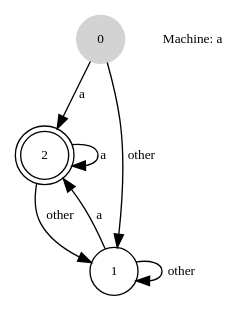
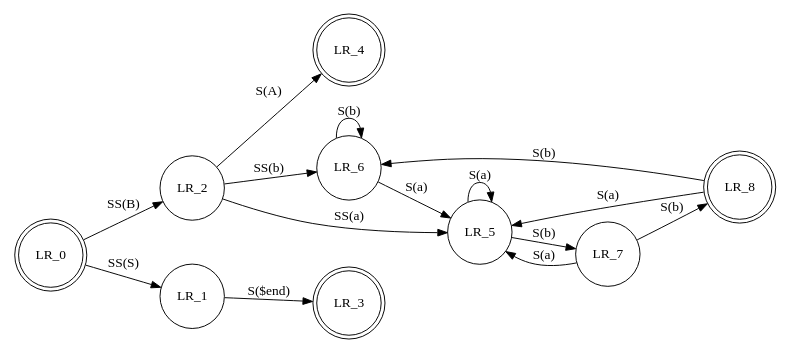
One commit to diegomazariegos2002/OLC1-P1-202003975 changed the diagram in OLC1-P1-202003975/pruebasAutomatagrafico.dot. Above: the diagram before and after it, drawn with Graphviz. The commit also changed 66 other files, not shown here.

```diff
--- a/OLC1-P1-202003975/pruebasAutomatagrafico.dot
+++ b/OLC1-P1-202003975/pruebasAutomatagrafico.dot
@@ -1,21 +1,26 @@
-digraph automata_0 {
-  size = "8.5, 11";
-  fontname = "Microsoft YaHei";
-  fontsize = 10;
+
+digraph finite_state_machine {
+  rankdir = LR;
+  size = "8,5"
  
-  node [shape = circle, fontname = "Microsoft YaHei", fontsize = 10];
-  edge [fontname = "Microsoft YaHei", fontsize = 10];
+  node [shape = doublecircle];
  
-  0 [ style = filled, color=lightgrey ];
-  2 [ shape = doublecircle ];
+  LR_0 LR_3 LR_4 LR_8;
  
-  0 -> 2 [ label = "a " ];
-  0 -> 1 [ label = "other " ];
-  1 -> 2 [ label = "a " ];
-  1 -> 1 [ label = "other " ];
-  2 -> 2 [ label = "a " ];
-  2 -> 1 [ label = "other " ];
-  
+  node [shape = circle];
  
-  "Machine: a" [ shape = plaintext ];
+  LR_0 -> LR_2 [ label = "SS(B)" ];
+  LR_0 -> LR_1 [ label = "SS(S)" ];
+  LR_1 -> LR_3 [ label = "S($end)" ];
+  LR_2 -> LR_6 [ label = "SS(b)" ];
+  LR_2 -> LR_5 [ label = "SS(a)" ];
+  LR_2 -> LR_4 [ label = "S(A)" ];
+  LR_5 -> LR_7 [ label = "S(b)" ];
+  LR_5 -> LR_5 [ label = "S(a)" ];
+  LR_6 -> LR_6 [ label = "S(b)" ];
+  LR_6 -> LR_5 [ label = "S(a)" ];
+  LR_7 -> LR_8 [ label = "S(b)" ];
+  LR_7 -> LR_5 [ label = "S(a)" ];
+  LR_8 -> LR_6 [ label = "S(b)" ];
+  LR_8 -> LR_5 [ label = "S(a)" ];
 }
```
